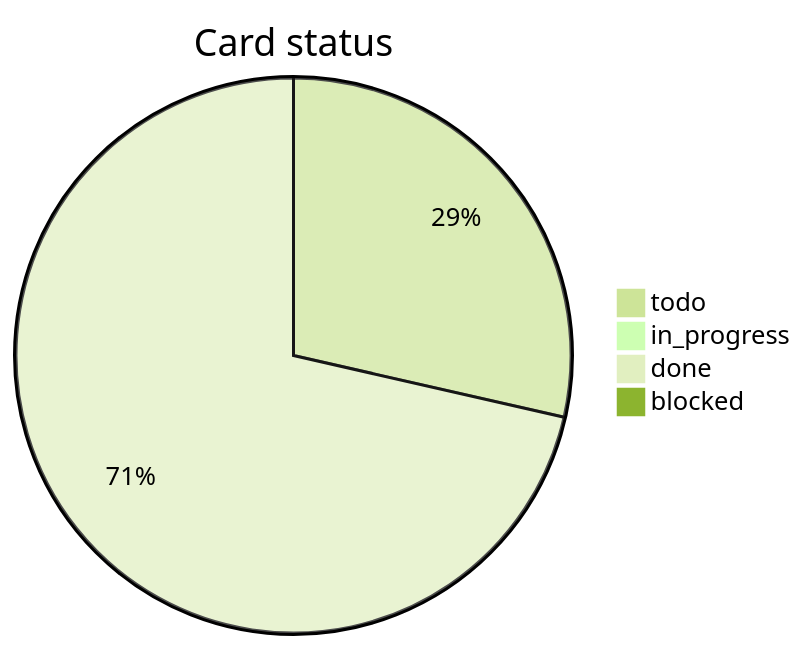
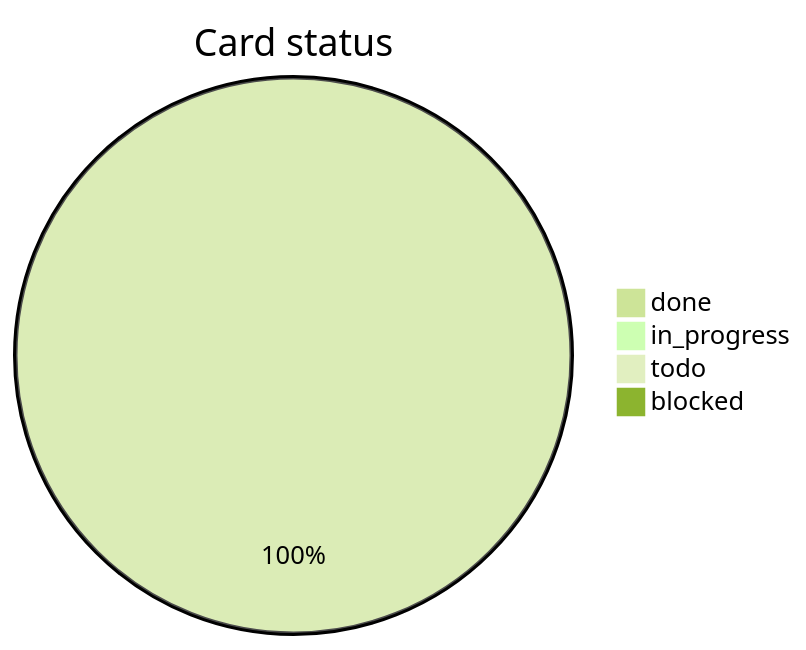
Before and after one commit to 2tsoftwareapp/super-template: the diagram in .agents/sessions/tenant-write-migration-issues/TASKS.md, drawn with Mermaid (forest theme). The commit also changed other lines of this file and 40 other files, not shown here.

````diff
--- a/.agents/sessions/tenant-write-migration-issues/TASKS.md
+++ b/.agents/sessions/tenant-write-migration-issues/TASKS.md
@@ -50,7 +50,7 @@
 ```mermaid
 pie title Card status
-  "todo" : 2
+  "done" : 7
   "in_progress" : 0
-  "done" : 5
+  "todo" : 0
   "blocked" : 0
 ```
````
